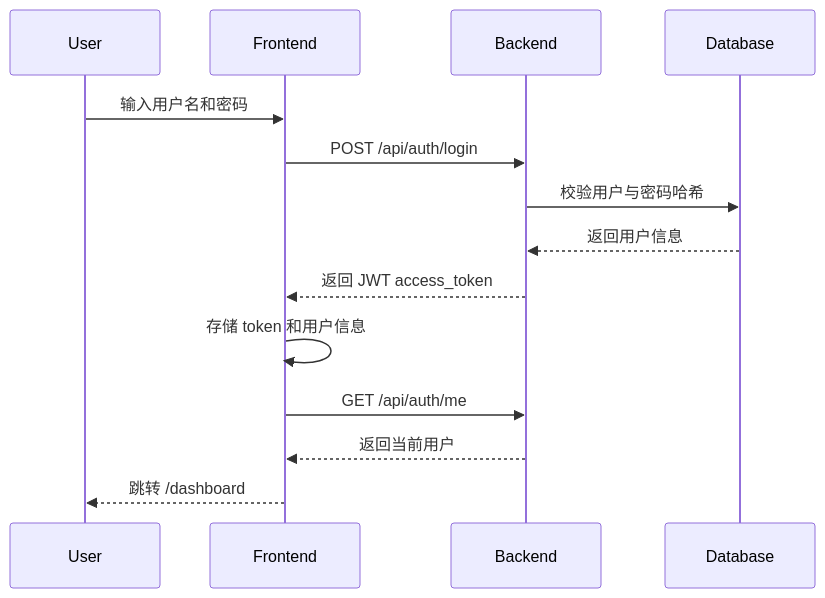
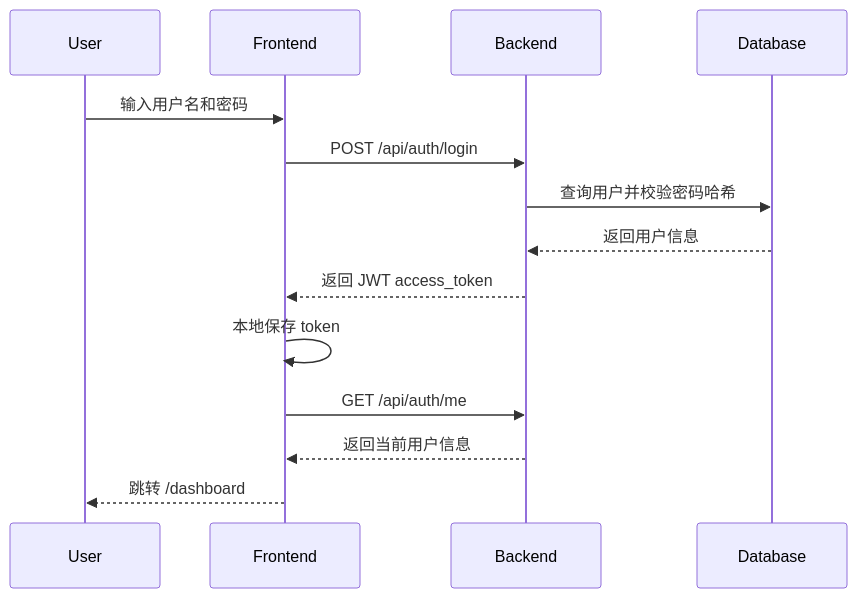
One commit to free410/enterprise-rag-copilot changed the second of 4 diagrams in README.md. Above: the diagram before and after it, drawn with Mermaid. The commit also changed other lines of this file and 8 other files, not shown here.

Commit message:
docs: refresh readme with screenshots and diagrams

````diff
--- a/README.md
+++ b/README.md
@@ -46,17 +101,17 @@
 ```mermaid
 sequenceDiagram
     participant U as User
     participant F as Frontend
     participant B as Backend
     participant DB as Database
 
     U->>F: 输入用户名和密码
     F->>B: POST /api/auth/login
-    B->>DB: 校验用户与密码哈希
+    B->>DB: 查询用户并校验密码哈希
     DB-->>B: 返回用户信息
     B-->>F: 返回 JWT access_token
-    F->>F: 存储 token 和用户信息
+    F->>F: 本地保存 token
     F->>B: GET /api/auth/me
-    B-->>F: 返回当前用户
+    B-->>F: 返回当前用户信息
     F-->>U: 跳转 /dashboard
 ```
````
